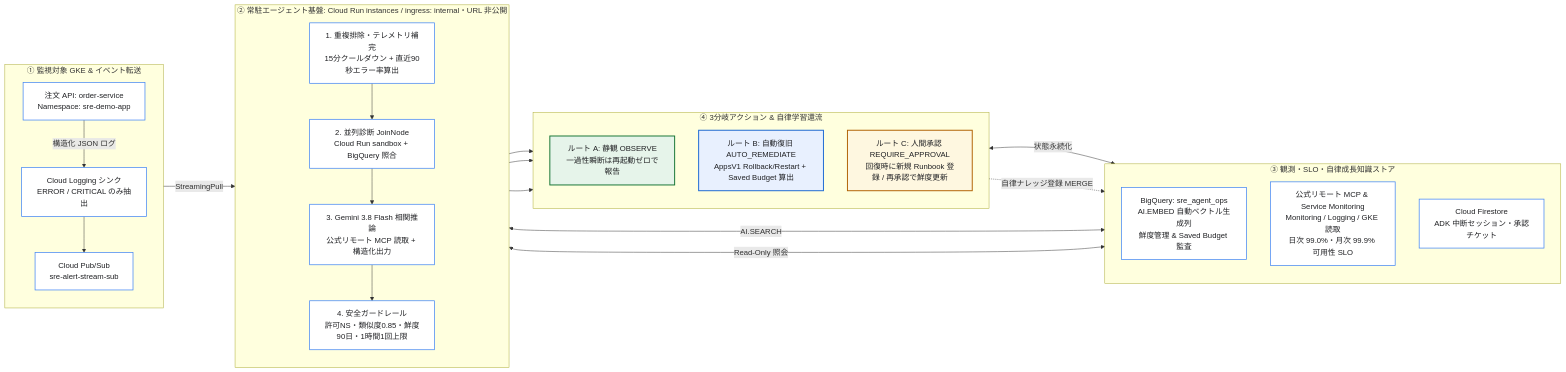
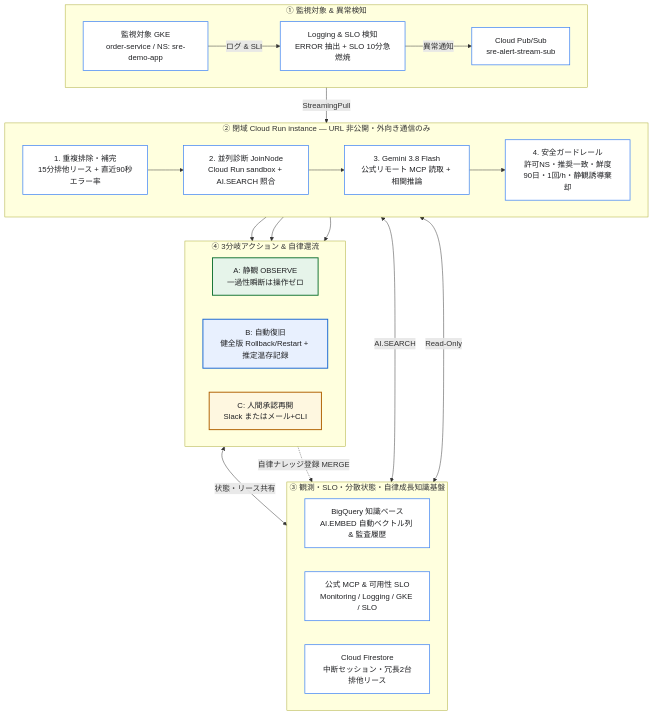
The diagram in README.md (tyorikan/agentic-sre-handson), drawn with Mermaid before and after one commit. The commit also changed 1 other file, not shown here.

Commit message:
Improve overall architecture diagram aspect ratio and card legibility

````diff
--- a/README.md
+++ b/README.md
@@ -22,49 +22,49 @@
 ```mermaid
-flowchart LR
-    subgraph S1["① 監視対象 GKE & イベント転送"]
-        direction TB
-        OrderApp["注文 API: order-service<br/>Namespace: sre-demo-app"]
-        LogSink["Cloud Logging シンク<br/>ERROR / CRITICAL のみ抽出"]
+flowchart TB
+    subgraph S1["① 監視対象 & 異常検知"]
+        direction LR
+        OrderApp["監視対象 GKE<br/>order-service / NS: sre-demo-app"]
+        LogSink["Logging & SLO 検知<br/>ERROR 抽出 + SLO 10分急燃焼"]
         PubSub["Cloud Pub/Sub<br/>sre-alert-stream-sub"]
-        OrderApp -->|"構造化 JSON ログ"| LogSink --> PubSub
+        OrderApp -->|"ログ & SLI"| LogSink -->|"異常通知"| PubSub
     end
 
-    subgraph S2["② 常駐エージェント基盤: Cloud Run instances / ingress: internal・URL 非公開"]
-        direction TB
-        Dedup["1. 重複排除・テレメトリ補完<br/>15分クールダウン + 直近90秒エラー率算出"]
-        Diag["2. 並列診断 JoinNode<br/>Cloud Run sandbox + BigQuery 照合"]
-        Decide["3. Gemini 3.8 Flash 相関推論<br/>公式リモート MCP 読取 + 構造化出力"]
-        Guard["4. 安全ガードレール<br/>許可NS・類似度0.85・鮮度90日・1時間1回上限"]
+    subgraph S2["② 閉域 Cloud Run instance — URL 非公開・外向き通信のみ"]
+        direction LR
+        Dedup["1. 重複排除・補完<br/>15分排他リース + 直近90秒エラー率"]
+        Diag["2. 並列診断 JoinNode<br/>Cloud Run sandbox + AI.SEARCH 照合"]
+        Decide["3. Gemini 3.8 Flash<br/>公式リモート MCP 読取 + 相関推論"]
+        Guard["4. 安全ガードレール<br/>許可NS・推奨一致・鮮度90日・1回/h・静観誘導棄却"]
         Dedup --> Diag --> Decide --> Guard
     end
 
-    subgraph S3["③ 観測・SLO・自律成長知識ストア"]
-        direction TB
-        BQ["BigQuery: sre_agent_ops<br/>AI.EMBED 自動ベクトル生成列<br/>鮮度管理 & Saved Budget 監査"]
-        MCP["公式リモート MCP & Service Monitoring<br/>Monitoring / Logging / GKE 読取<br/>日次 99.0%・月次 99.9% 可用性 SLO"]
-        FS["Cloud Firestore<br/>ADK 中断セッション・承認チケット"]
+    subgraph S3["③ 観測・SLO・分散状態・自律成長知識基盤"]
+        direction LR
+        BQ["BigQuery 知識ベース<br/>AI.EMBED 自動ベクトル列 & 監査履歴"]
+        MCP["公式 MCP & 可用性 SLO<br/>Monitoring / Logging / GKE / SLO"]
+        FS["Cloud Firestore<br/>中断セッション・冗長2台排他リース"]
     end
 
-    subgraph S4["④ 3分岐アクション & 自律学習還流"]
-        direction TB
-        R1["ルート A: 静観 OBSERVE<br/>一過性瞬断は再起動ゼロで報告"]
-        R2["ルート B: 自動復旧 AUTO_REMEDIATE<br/>AppsV1 Rollback/Restart + Saved Budget 算出"]
-        R3["ルート C: 人間承認 REQUIRE_APPROVAL<br/>回復時に新規 Runbook 登録 / 再承認で鮮度更新"]
+    subgraph S4["④ 3分岐アクション & 自律還流"]
+        direction LR
+        R1["A: 静観 OBSERVE<br/>一過性瞬断は操作ゼロ"]
+        R2["B: 自動復旧<br/>健全版 Rollback/Restart + 推定温存記録"]
+        R3["C: 人間承認再開<br/>Slack またはメール+CLI"]
     end
 
     PubSub -->|"StreamingPull"| Dedup
     Diag <-->|"AI.SEARCH"| BQ
-    Decide <-->|"Read-Only 照会"| MCP
+    Decide <-->|"Read-Only"| MCP
     Guard --> R1 & R2 & R3
-    R3 <-->|"状態永続化"| FS
+    R3 <-->|"状態・リース共有"| FS
     R3 -.->|"自律ナレッジ登録 MERGE"| BQ
 
     classDef surface fill:#ffffff,stroke:#4285F4,stroke-width:1.5px,color:#202124;
     classDef routeA fill:#e6f4ea,stroke:#137333,stroke-width:2px,color:#202124;
     classDef routeB fill:#e8f0fe,stroke:#1967d2,stroke-width:2px,color:#202124;
     classDef routeC fill:#fef7e0,stroke:#b06000,stroke-width:2px,color:#202124;
     class OrderApp,LogSink,PubSub,Dedup,Diag,Decide,Guard,MCP,BQ,FS surface;
     class R1 routeA;
     class R2 routeB;
     class R3 routeC;
 ```
````
